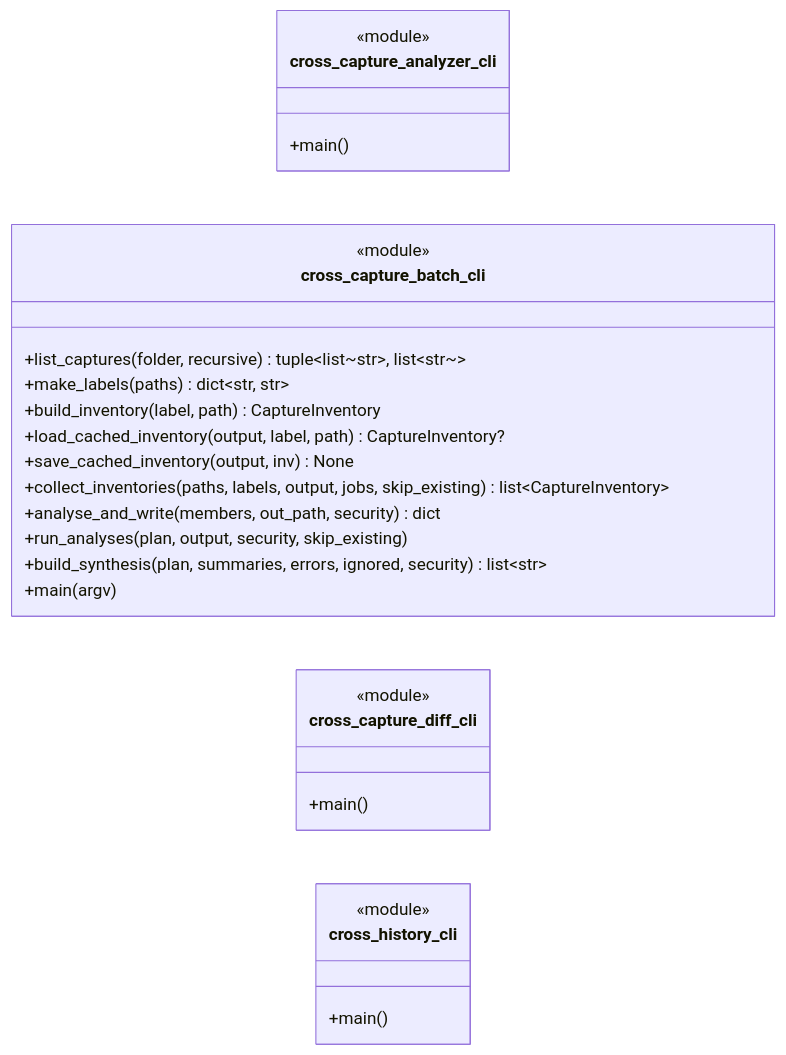
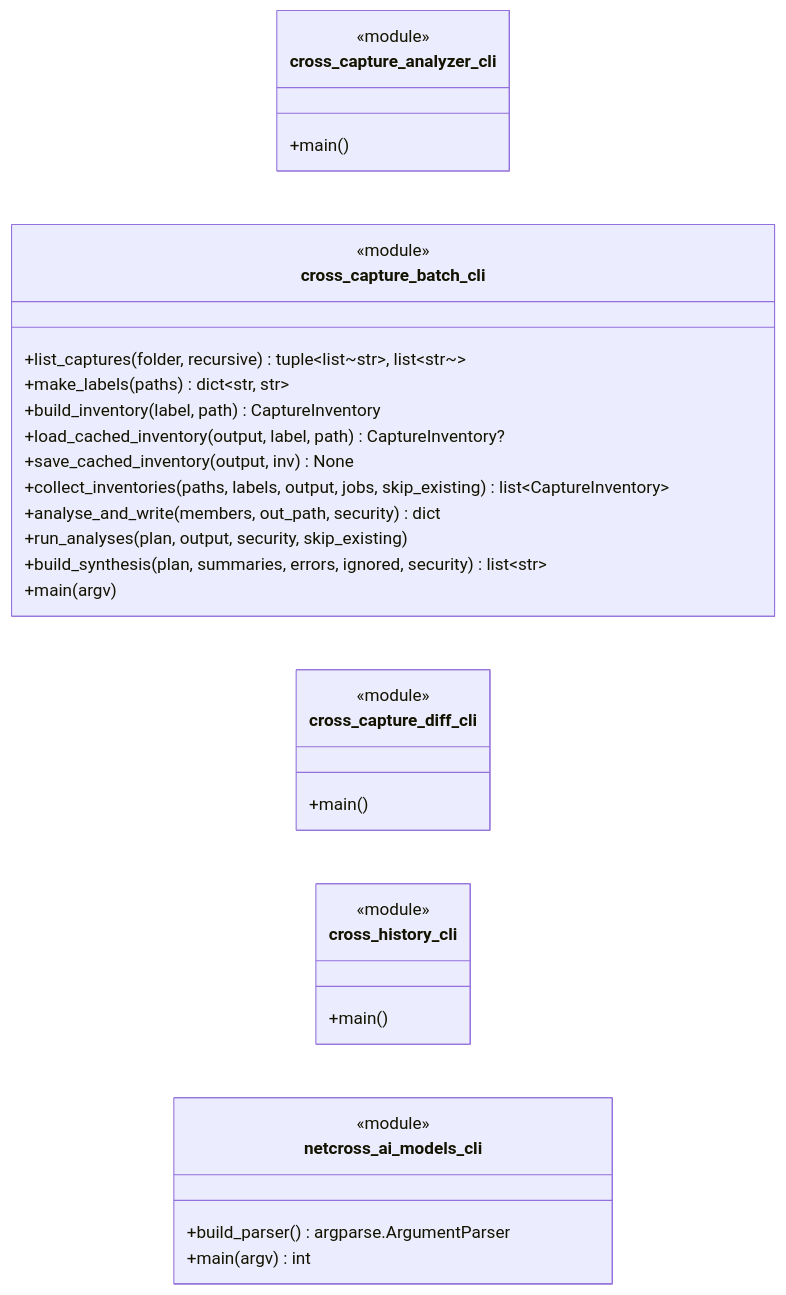
One commit to MathildeDec/Netcross changed diagram 18 of 18 in docs/class-diagram.md. Above: the diagram before and after it, drawn with Mermaid. The commit also changed other lines of this file and 9 other files, not shown here.

````diff
--- a/docs/class-diagram.md
+++ b/docs/class-diagram.md
@@ -3584,37 +3763,44 @@
 ```mermaid
 classDiagram
     direction LR
 
     %% ===== cross_capture_analyzer_cli =====
     class mod_cross_capture_analyzer_cli["cross_capture_analyzer_cli"] {
         <<module>>
         +main()
     }
 
     %% ===== cross_capture_batch_cli =====
     class mod_cross_capture_batch_cli["cross_capture_batch_cli"] {
         <<module>>
         +list_captures(folder, recursive) tuple~list~str~, list~str~~
         +make_labels(paths) dict~str, str~
         +build_inventory(label, path) CaptureInventory
         +load_cached_inventory(output, label, path) CaptureInventory?
         +save_cached_inventory(output, inv) None
         +collect_inventories(paths, labels, output, jobs, skip_existing) list~CaptureInventory~
         +analyse_and_write(members, out_path, security) dict
         +run_analyses(plan, output, security, skip_existing)
         +build_synthesis(plan, summaries, errors, ignored, security) list~str~
         +main(argv)
     }
 
     %% ===== cross_capture_diff_cli =====
     class mod_cross_capture_diff_cli["cross_capture_diff_cli"] {
         <<module>>
         +main()
     }
 
     %% ===== cross_history_cli =====
     class mod_cross_history_cli["cross_history_cli"] {
         <<module>>
         +main()
     }
+
+    %% ===== netcross_ai_models_cli =====
+    class mod_netcross_ai_models_cli["netcross_ai_models_cli"] {
+        <<module>>
+        +build_parser() argparse.ArgumentParser
+        +main(argv) int
+    }
 ```
````
